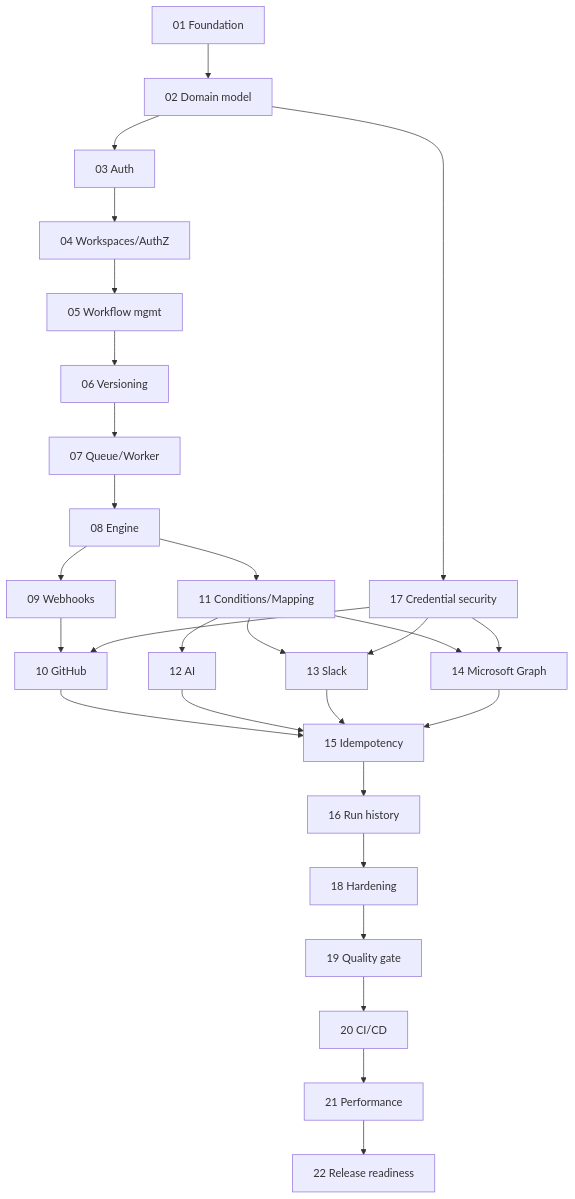
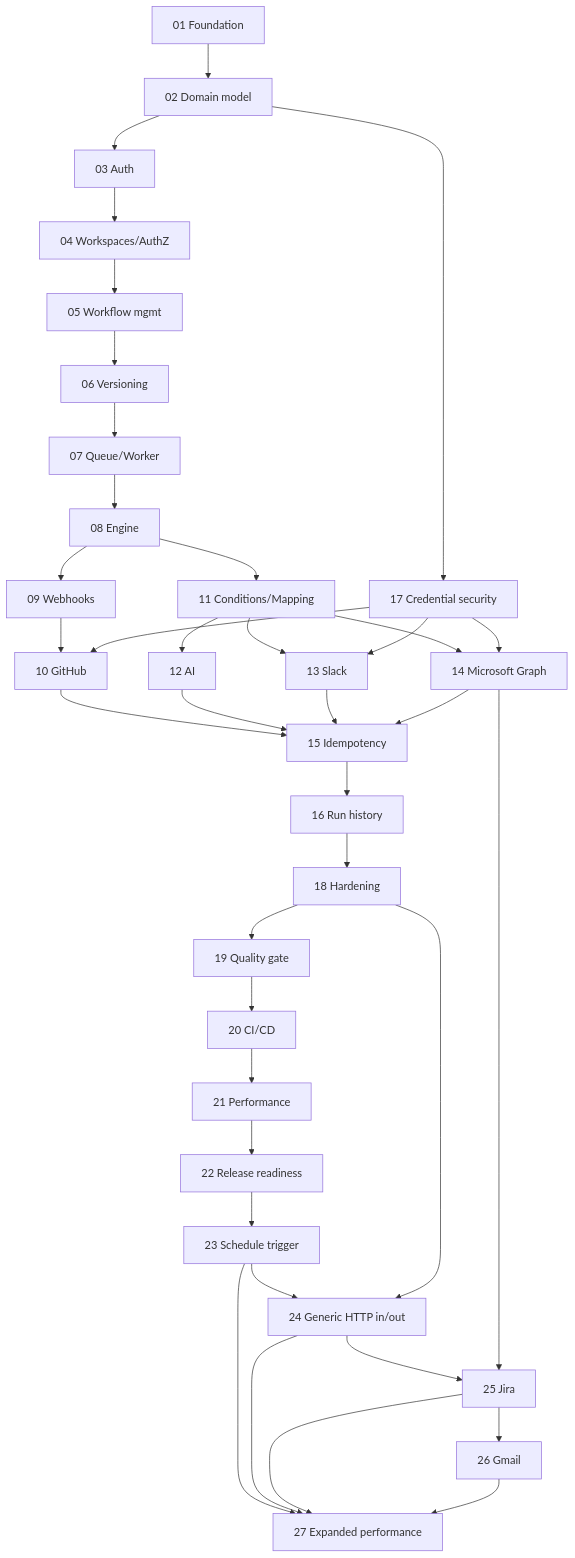
The second of 2 diagrams in docs/backend/00-BACKEND-ROADMAP.md (jackson951/forge-flow-api), drawn with Mermaid before and after one commit. The commit also changed other lines of this file and 7 other files, not shown here.

````diff
--- a/docs/backend/00-BACKEND-ROADMAP.md
+++ b/docs/backend/00-BACKEND-ROADMAP.md
@@ -176,30 +221,40 @@
 ```mermaid
 flowchart TD
   P01[01 Foundation] --> P02[02 Domain model]
   P02 --> P03[03 Auth]
   P03 --> P04[04 Workspaces/AuthZ]
   P04 --> P05[05 Workflow mgmt]
   P05 --> P06[06 Versioning]
   P06 --> P07[07 Queue/Worker]
   P07 --> P08[08 Engine]
   P08 --> P11[11 Conditions/Mapping]
   P08 --> P09[09 Webhooks]
   P02 --> P17[17 Credential security]
   P09 --> P10[10 GitHub]
   P17 --> P10
   P11 --> P12[12 AI]
   P11 --> P13[13 Slack]
   P17 --> P13
   P11 --> P14[14 Microsoft Graph]
   P17 --> P14
   P10 --> P15[15 Idempotency]
   P12 --> P15
   P13 --> P15
   P14 --> P15
   P15 --> P16[16 Run history]
   P16 --> P18[18 Hardening]
   P18 --> P19[19 Quality gate]
   P19 --> P20[20 CI/CD]
   P20 --> P21[21 Performance]
   P21 --> P22[22 Release readiness]
+  P22 --> P23[23 Schedule trigger]
+  P23 --> P24[24 Generic HTTP in/out]
+  P18 --> P24
+  P24 --> P25[25 Jira]
+  P14 --> P25
+  P25 --> P26[26 Gmail]
+  P23 --> P27[27 Expanded performance]
+  P24 --> P27
+  P25 --> P27
+  P26 --> P27
 ```
````
